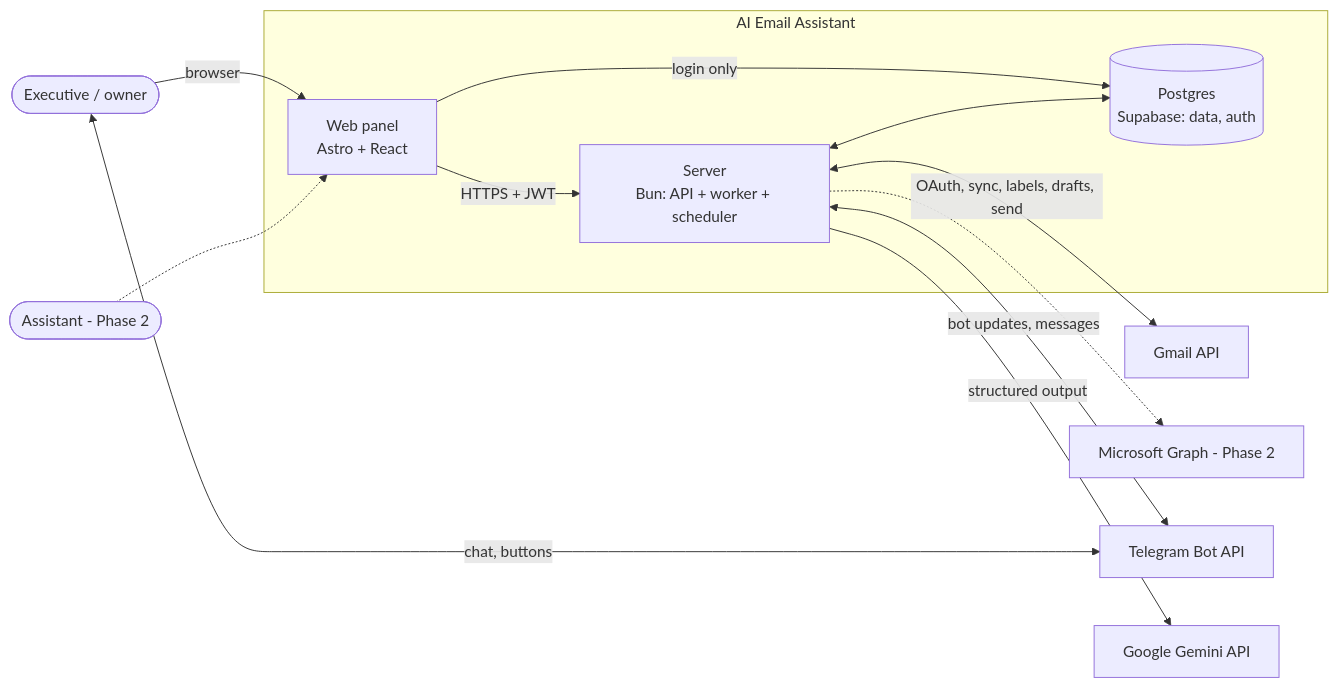
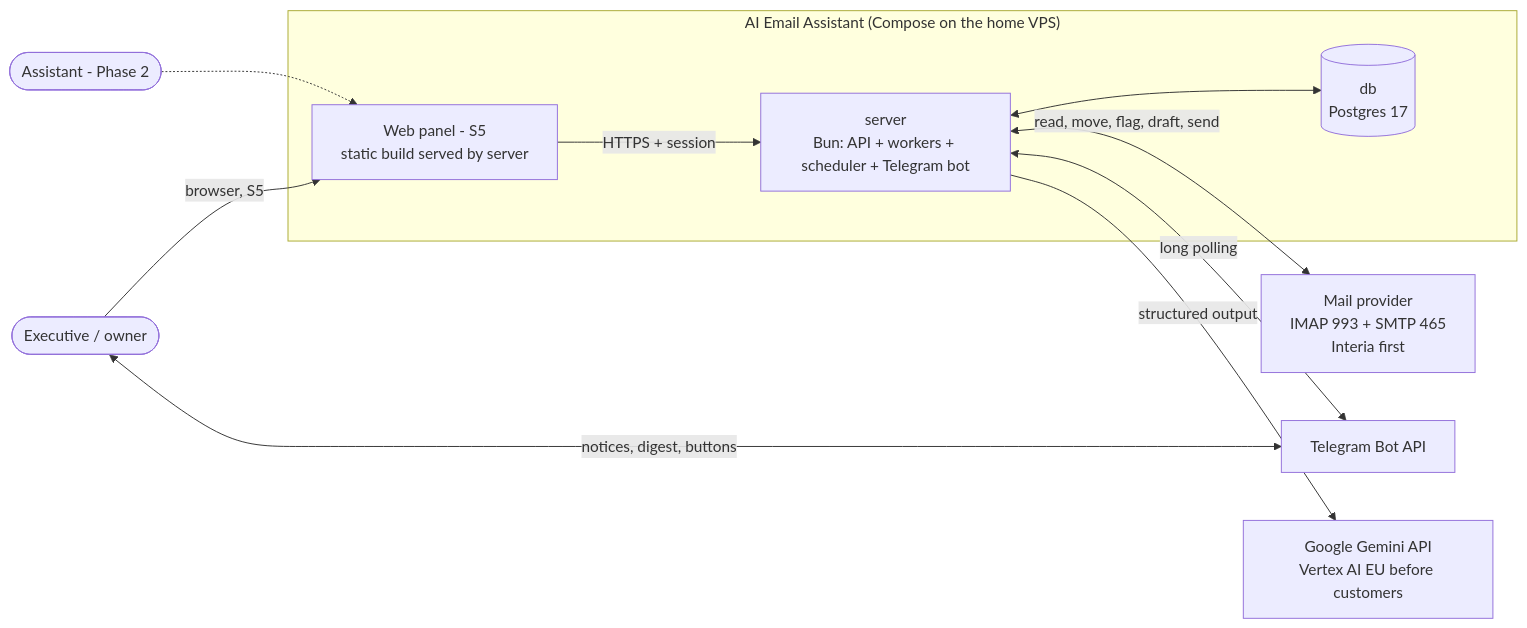
The first of 4 diagrams in docs/architecture.md (Artexs/email_assistant), drawn with Mermaid before and after one commit. The commit also changed other lines of this file and 33 other files, not shown here.

Commit message:
docs: apply MVP review fixes — IMAP first (ADR 0010), own Postgres in Compose (0011), LLM data/cost rules (0012); architecture, modules, roadmap, brief Q9–Q11, code-patterns; slices S0–S6 (S1a/S1b split); review task done

````diff
--- a/docs/architecture.md
+++ b/docs/architecture.md
@@ -20,27 +21,24 @@
 ```mermaid
 graph LR
     Exec([Executive / owner])
     EA([Assistant - Phase 2])
 
-    subgraph Product["AI Email Assistant"]
-        Web[Web panel<br/>Astro + React]
-        Server[Server<br/>Bun: API + worker + scheduler]
-        DB[(Postgres<br/>Supabase: data, auth)]
+    subgraph Product["AI Email Assistant (Compose on the home VPS)"]
+        Server[server<br/>Bun: API + workers + scheduler + Telegram bot]
+        DB[(db<br/>Postgres 17)]
+        Web[Web panel - S5<br/>static build served by server]
     end
 
-    Gmail[Gmail API]
-    M365[Microsoft Graph - Phase 2]
+    Mail[Mail provider<br/>IMAP 993 + SMTP 465<br/>Interia first]
     TG[Telegram Bot API]
-    LLM[Google Gemini API]
+    LLM[Google Gemini API<br/>Vertex AI EU before customers]
 
-    Exec -->|browser| Web
-    Exec <-->|chat, buttons| TG
+    Exec <-->|notices, digest, buttons| TG
+    Exec -->|browser, S5| Web
     EA -.-> Web
-    Web -->|HTTPS + JWT| Server
-    Web -->|login only| DB
+    Web -->|HTTPS + session| Server
     Server <--> DB
-    Server <-->|OAuth, sync, labels, drafts, send| Gmail
-    Server -.-> M365
-    Server <-->|bot updates, messages| TG
+    Server <-->|read, move, flag, draft, send| Mail
+    Server <-->|long polling| TG
     Server -->|structured output| LLM
 ```
````
